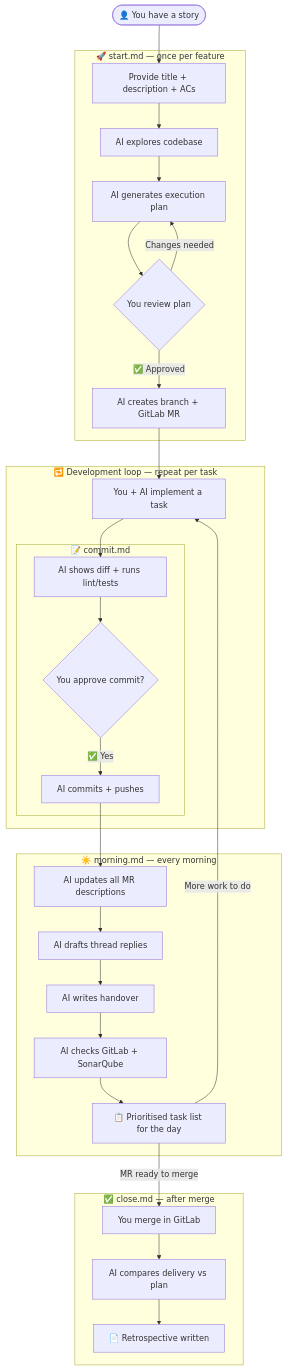
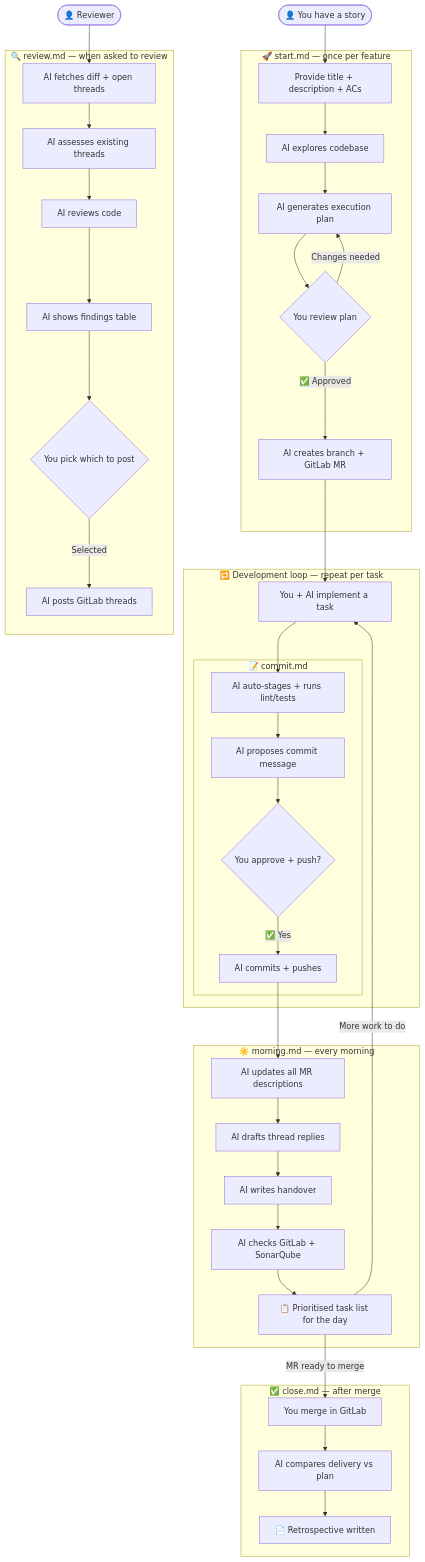
The first of 2 diagrams in README.md (siwardean/cline-workflow), drawn with Mermaid before and after one commit. The commit also changed other lines of this file, not shown here.

Commit message:
docs: add review.md to README lifecycle diagram, table, and sequence
Three documentation gaps fixed:

1. Feature lifecycle flowchart — added review.md as a parallel
   reviewer path with its own subgraph showing: fetch diff + threads
   → assess threads → review code → findings table → post threads.
   Also updated commit.md subgraph to reflect single approval gate
   (auto-stage + lint → propose message → one approve + push).

2. Workflows table — added review.md row with correct 'When',
   'You provide', and 'AI does' columns. Updated commit.md row to
   reflect the streamlined flow.

3. Daily flow sequence diagram — added Reviewer actor and full
   review.md sequence: fetch MR + threads, assess, review, present
   findings table, user picks numbers, AI posts threads, summary.
   Updated commit.md steps to match the new single-gate flow.

4. Try it section — added /review to Claude Code examples and
   "Run the review.md workflow" to other tools.

https://claude.ai/code/session_01KbcH73n3BF1EWh9Mv8rNMk

````diff
--- a/README.md
+++ b/README.md
@@ -11,39 +11,49 @@
 ```mermaid
 flowchart TD
     A([👤 You have a story]) --> B
 
     subgraph S["🚀 start.md — once per feature"]
         B[Provide title + description + ACs] --> C[AI explores codebase]
         C --> D[AI generates execution plan]
         D --> E{You review plan}
         E -->|Changes needed| D
         E -->|✅ Approved| F[AI creates branch + GitLab MR]
     end
 
     F --> G
 
     subgraph LOOP["🔁 Development loop — repeat per task"]
         G[You + AI implement a task] --> H
         subgraph COMMIT["📝 commit.md"]
-            H[AI shows diff + runs lint/tests] --> I{You approve commit?}
-            I -->|✅ Yes| J[AI commits + pushes]
+            H[AI auto-stages + runs lint/tests] --> I[AI proposes commit message]
+            I --> J{You approve + push?}
+            J -->|✅ Yes| K[AI commits + pushes]
         end
     end
 
-    J --> K
+    K --> L
+    REVIEWER([👤 Reviewer]) --> RA
+
+    subgraph REVIEW["🔍 review.md — when asked to review"]
+        RA[AI fetches diff + open threads] --> RB[AI assesses existing threads]
+        RB --> RC[AI reviews code]
+        RC --> RD[AI shows findings table]
+        RD --> RE{You pick which to post}
+        RE -->|Selected| RF[AI posts GitLab threads]
+    end
 
     subgraph MORNING["☀️ morning.md — every morning"]
-        K[AI updates all MR descriptions] --> L[AI drafts thread replies]
-        L --> M[AI writes handover]
-        M --> N[AI checks GitLab + SonarQube]
-        N --> O[📋 Prioritised task list for the day]
+        L[AI updates all MR descriptions] --> M[AI drafts thread replies]
+        M --> N[AI writes handover]
+        N --> O[AI checks GitLab + SonarQube]
+        O --> P[📋 Prioritised task list for the day]
     end
 
-    O -->|More work to do| G
-    O -->|MR ready to merge| P
+    P -->|More work to do| G
+    P -->|MR ready to merge| Q
 
     subgraph CLOSE["✅ close.md — after merge"]
-        P[You merge in GitLab] --> Q[AI compares delivery vs plan]
-        Q --> R[📄 Retrospective written]
+        Q[You merge in GitLab] --> R[AI compares delivery vs plan]
+        R --> T[📄 Retrospective written]
     end
 ```
````
